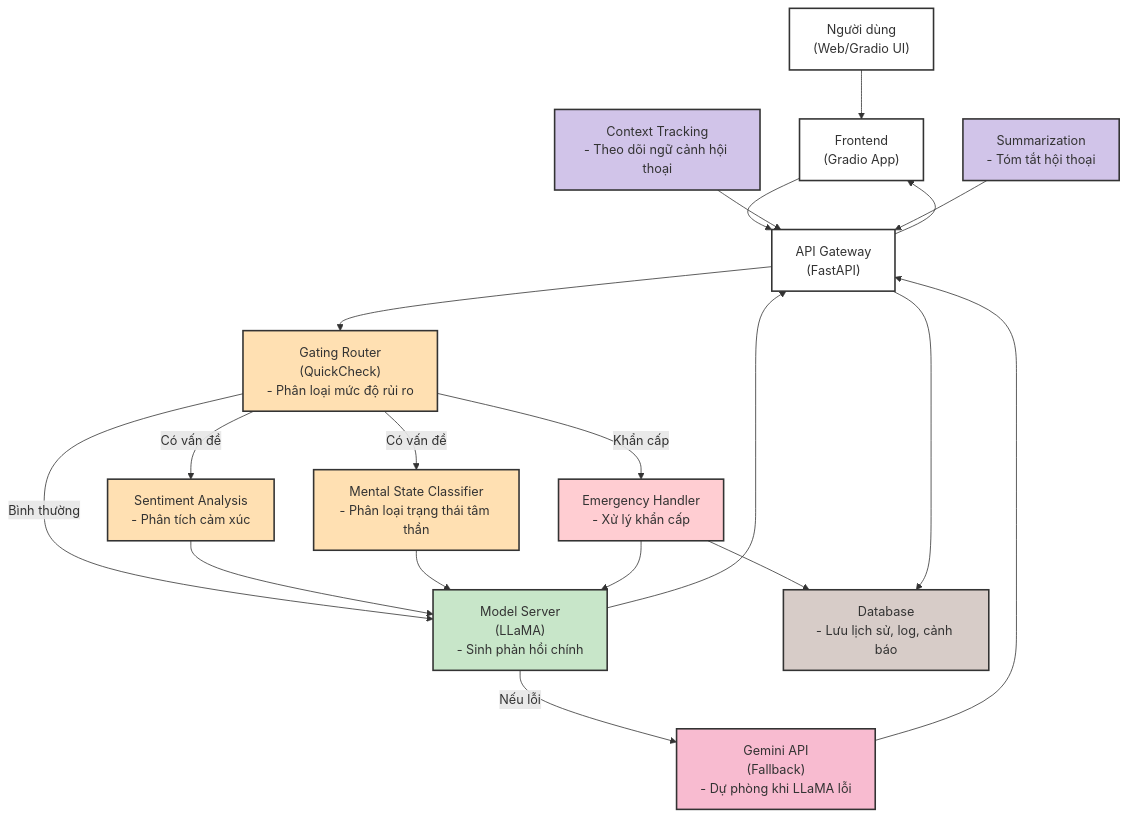
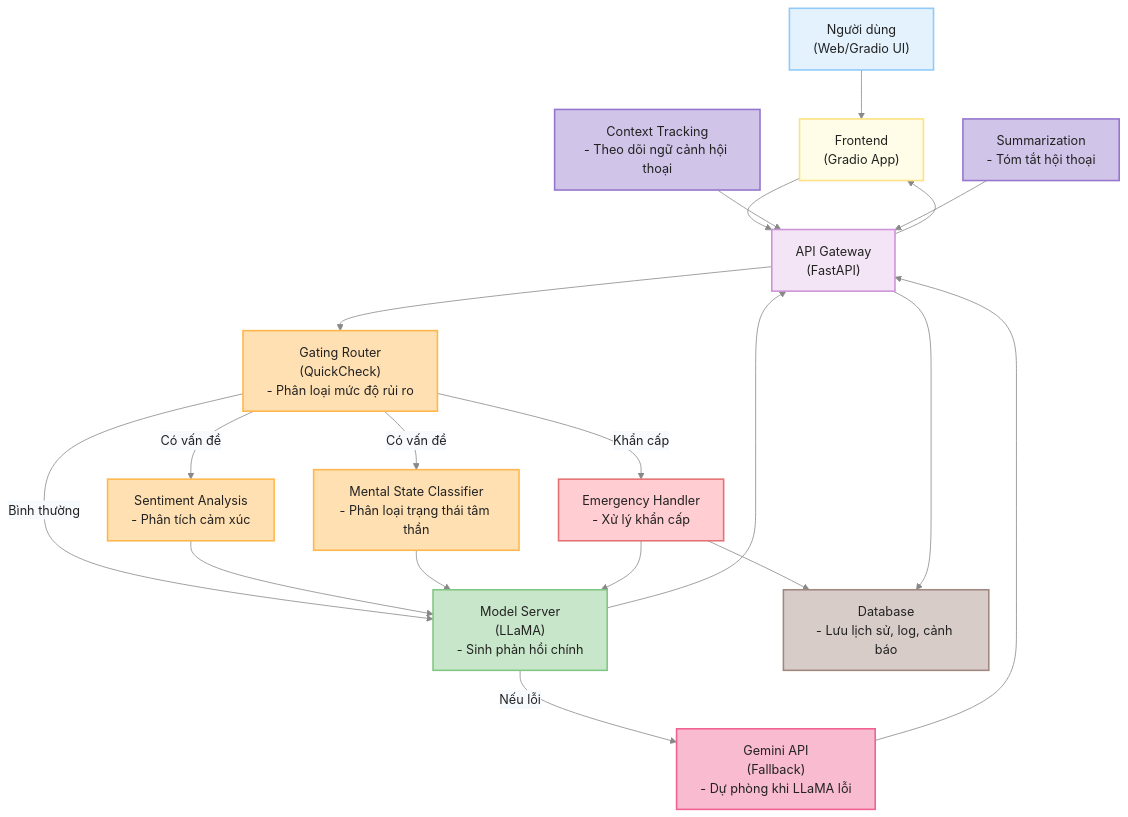
The diagram in README.md (VuHa123/DoAnTotNghiep), drawn with Mermaid before and after one commit.

````diff
--- a/README.md
+++ b/README.md
@@ -12,47 +12,48 @@
 ```mermaid
+%%{init: { 'theme': 'base', 'themeVariables': { 'background': '#f7fafd', 'fontFamily': 'Inter, Arial', 'fontSize': '16px', 'fontWeight': 'bold', 'primaryTextColor': '#222', 'nodeTextColor': '#222', 'lineColor': '#888', 'edgeLabelBackground':'#f7fafd' } } }%%
 flowchart TD
     User["Người dùng<br/>(Web/Gradio UI)"]
     Frontend["Frontend<br/>(Gradio App)"]
     APIGW["API Gateway<br/>(FastAPI)"]
     Gating["Gating Router<br/>(QuickCheck)<br/>- Phân loại mức độ rủi ro"]
     Sentiment["Sentiment Analysis<br/>- Phân tích cảm xúc"]
     Mental["Mental State Classifier<br/>- Phân loại trạng thái tâm thần"]
     Emergency["Emergency Handler<br/>- Xử lý khẩn cấp"]
     ModelLLaMA["Model Server<br/>(LLaMA)<br/>- Sinh phản hồi chính"]
     ModelGemini["Gemini API<br/>(Fallback)<br/>- Dự phòng khi LLaMA lỗi"]
     DB["Database<br/>- Lưu lịch sử, log, cảnh báo"]
     Context["Context Tracking<br/>- Theo dõi ngữ cảnh hội thoại"]
     Summarizer["Summarization<br/>- Tóm tắt hội thoại"]
 
     User --> Frontend
     Frontend --> APIGW
     APIGW --> Gating
     Gating -- "Bình thường" --> ModelLLaMA
     Gating -- "Có vấn đề" --> Sentiment
     Gating -- "Có vấn đề" --> Mental
     Gating -- "Khẩn cấp" --> Emergency
     Sentiment --> ModelLLaMA
     Mental --> ModelLLaMA
     Emergency --> ModelLLaMA
     Emergency --> DB
     ModelLLaMA -- "Nếu lỗi" --> ModelGemini
     ModelLLaMA --> APIGW
     ModelGemini --> APIGW
     APIGW --> DB
     Context --> APIGW
     Summarizer --> APIGW
     APIGW --> Frontend
     %% Style
-    style User fill:#ffffff,stroke:#333,stroke-width:2px
-    style Frontend fill:#ffffff,stroke:#333,stroke-width:2px
-    style APIGW fill:#ffffff,stroke:#333,stroke-width:2px
-    style Gating fill:#ffe0b2,stroke:#333,stroke-width:2px
-    style Sentiment fill:#ffe0b2,stroke:#333,stroke-width:2px
-    style Mental fill:#ffe0b2,stroke:#333,stroke-width:2px
-    style Emergency fill:#ffcdd2,stroke:#333,stroke-width:2px
-    style ModelLLaMA fill:#c8e6c9,stroke:#333,stroke-width:2px
-    style ModelGemini fill:#f8bbd0,stroke:#333,stroke-width:2px
-    style DB fill:#d7ccc8,stroke:#333,stroke-width:2px
-    style Context fill:#d1c4e9,stroke:#333,stroke-width:2px
-    style Summarizer fill:#d1c4e9,stroke:#333,stroke-width:2px
+    style User fill:#e3f2fd,stroke:#90caf9,stroke-width:2px,color:#222
+    style Frontend fill:#fffde7,stroke:#ffe082,stroke-width:2px,color:#222
+    style APIGW fill:#f3e5f5,stroke:#ce93d8,stroke-width:2px,color:#222
+    style Gating fill:#ffe0b2,stroke:#ffb74d,stroke-width:2px,color:#222
+    style Sentiment fill:#ffe0b2,stroke:#ffb74d,stroke-width:2px,color:#222
+    style Mental fill:#ffe0b2,stroke:#ffb74d,stroke-width:2px,color:#222
+    style Emergency fill:#ffcdd2,stroke:#e57373,stroke-width:2px,color:#222
+    style ModelLLaMA fill:#c8e6c9,stroke:#81c784,stroke-width:2px,color:#222
+    style ModelGemini fill:#f8bbd0,stroke:#f06292,stroke-width:2px,color:#222
+    style DB fill:#d7ccc8,stroke:#a1887f,stroke-width:2px,color:#222
+    style Context fill:#d1c4e9,stroke:#9575cd,stroke-width:2px,color:#222
+    style Summarizer fill:#d1c4e9,stroke:#9575cd,stroke-width:2px,color:#222
 ```
````
